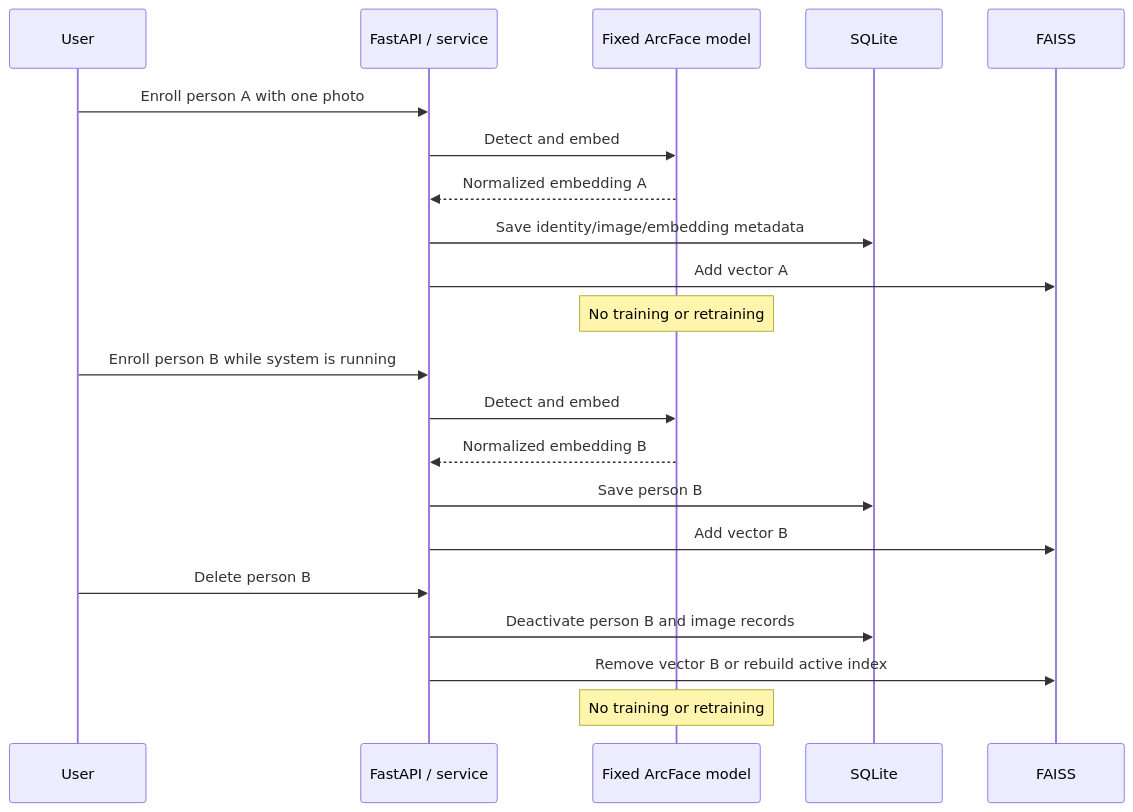
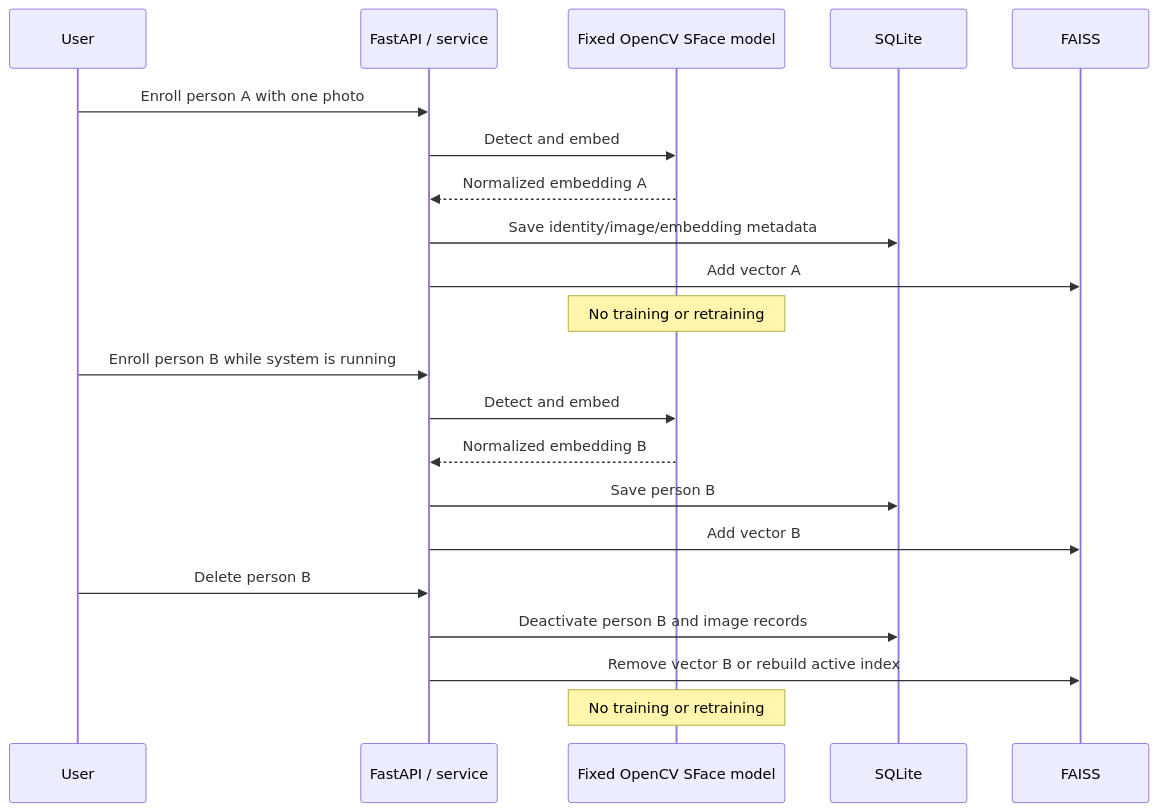
Before and after one commit to Vedulaudayeaswar/faceview: the fifth of 6 diagrams in README.md, drawn with Mermaid. The commit also changed other lines of this file and 13 other files, not shown here.

Commit message:
Replace InsightFace with OpenCV YuNet and SFace

````diff
--- a/README.md
+++ b/README.md
@@ -235,26 +235,26 @@
 ```mermaid
 sequenceDiagram
     participant User
     participant Service as FastAPI / service
-    participant Model as Fixed ArcFace model
+    participant Model as Fixed OpenCV SFace model
     participant DB as SQLite
     participant Index as FAISS
 
     User->>Service: Enroll person A with one photo
     Service->>Model: Detect and embed
     Model-->>Service: Normalized embedding A
     Service->>DB: Save identity/image/embedding metadata
     Service->>Index: Add vector A
     Note over Model: No training or retraining
 
     User->>Service: Enroll person B while system is running
     Service->>Model: Detect and embed
     Model-->>Service: Normalized embedding B
     Service->>DB: Save person B
     Service->>Index: Add vector B
 
     User->>Service: Delete person B
     Service->>DB: Deactivate person B and image records
     Service->>Index: Remove vector B or rebuild active index
     Note over Model: No training or retraining
 ```
````
